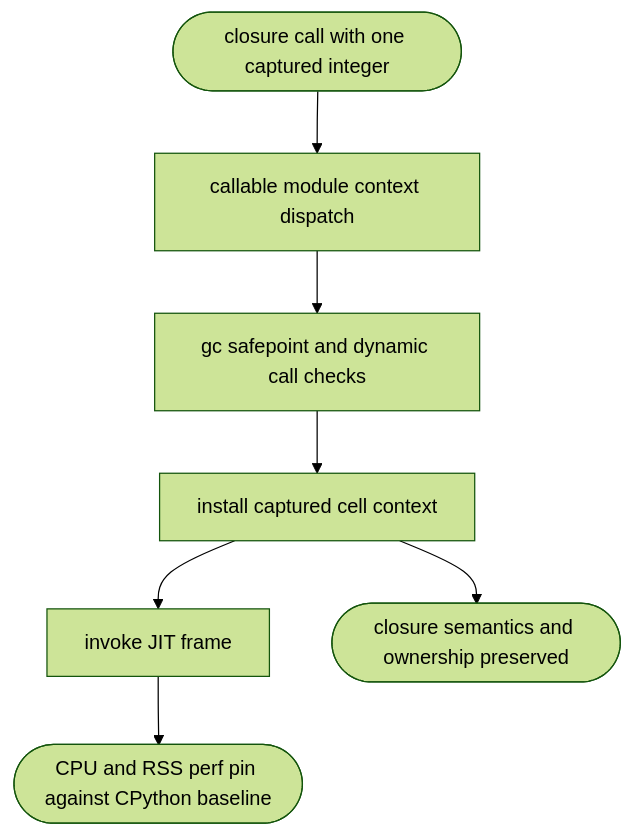
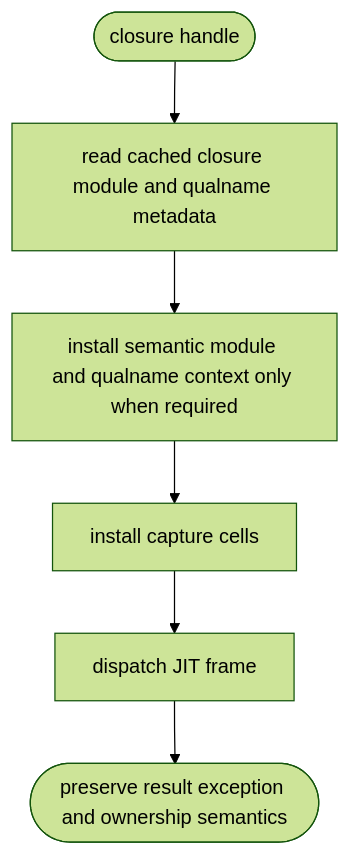
The first of 2 diagrams in .aw/tech-design/projects/mamba/logic/mamba-language-core-gate-closure-call-hot-with-perf-pin.md (chrischeng-c4/axiom), drawn with Mermaid (forest theme) before and after one commit. The commit also changed other lines of this file, not shown here.

Commit message:
td(1478) — contract section: logic
Lifecycle-Slug: 1478
Work-Item: 1478
Lifecycle-Stage: Td-Section
Lifecycle-Phase: td_contract_in_progress
Lifecycle-Pass: contract
TD-Section: logic
Previous-Phase: td_applicability_created
Next-Phase: td_contract_in_progress
Next-Command: aw td create

````diff
--- a/.aw/tech-design/projects/mamba/logic/mamba-language-core-gate-closure-call-hot-with-perf-pin.md
+++ b/.aw/tech-design/projects/mamba/logic/mamba-language-core-gate-closure-call-hot-with-perf-pin.md
@@ -10,28 +10,25 @@
 ```mermaid
 ---
-id: mamba-closure-call-hot-applicability
-entry: closure_call_hot release workload
+id: mamba-closure-call-hot-contract
+entry: dynamic closure call
 nodes:
-  call: { kind: start, label: closure call with one captured integer }
-  module: { kind: process, label: callable module context dispatch }
-  safepoint: { kind: process, label: gc safepoint and dynamic call checks }
-  cells: { kind: process, label: install captured cell context }
-  jit: { kind: process, label: invoke JIT frame }
-  gate: { kind: terminal, label: CPU and RSS perf pin against CPython baseline }
-  preserve: { kind: terminal, label: closure semantics and ownership preserved }
+  handle: { kind: start, label: closure handle }
+  cached: { kind: process, label: read cached closure module and qualname metadata }
+  context: { kind: process, label: install semantic module and qualname context only when required }
+  cells: { kind: process, label: install capture cells }
+  dispatch: { kind: process, label: dispatch JIT frame }
+  result: { kind: terminal, label: preserve result exception and ownership semantics }
 edges:
-  - { from: call, to: module }
-  - { from: module, to: safepoint }
-  - { from: safepoint, to: cells }
-  - { from: cells, to: jit }
-  - { from: jit, to: gate }
-  - { from: cells, to: preserve }
+  - { from: handle, to: cached }
+  - { from: cached, to: context }
+  - { from: context, to: cells }
+  - { from: cells, to: dispatch }
+  - { from: dispatch, to: result }
 ---
 flowchart TD
-    call([closure call with one captured integer]) --> module[callable module context dispatch]
-    module --> safepoint[gc safepoint and dynamic call checks]
-    safepoint --> cells[install captured cell context]
-    cells --> jit[invoke JIT frame]
-    jit --> gate([CPU and RSS perf pin against CPython baseline])
-    cells --> preserve([closure semantics and ownership preserved])
+    handle([closure handle]) --> cached[read cached closure module and qualname metadata]
+    cached --> context[install semantic module and qualname context only when required]
+    context --> cells[install capture cells]
+    cells --> dispatch[dispatch JIT frame]
+    dispatch --> result([preserve result exception and ownership semantics])
 ```
````
